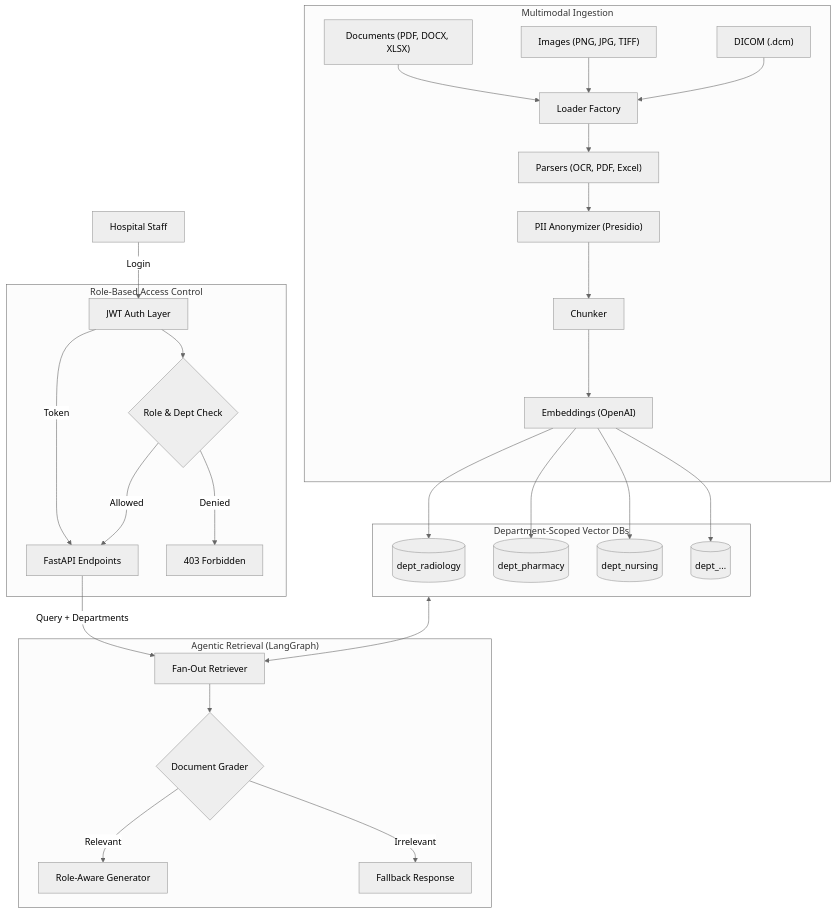
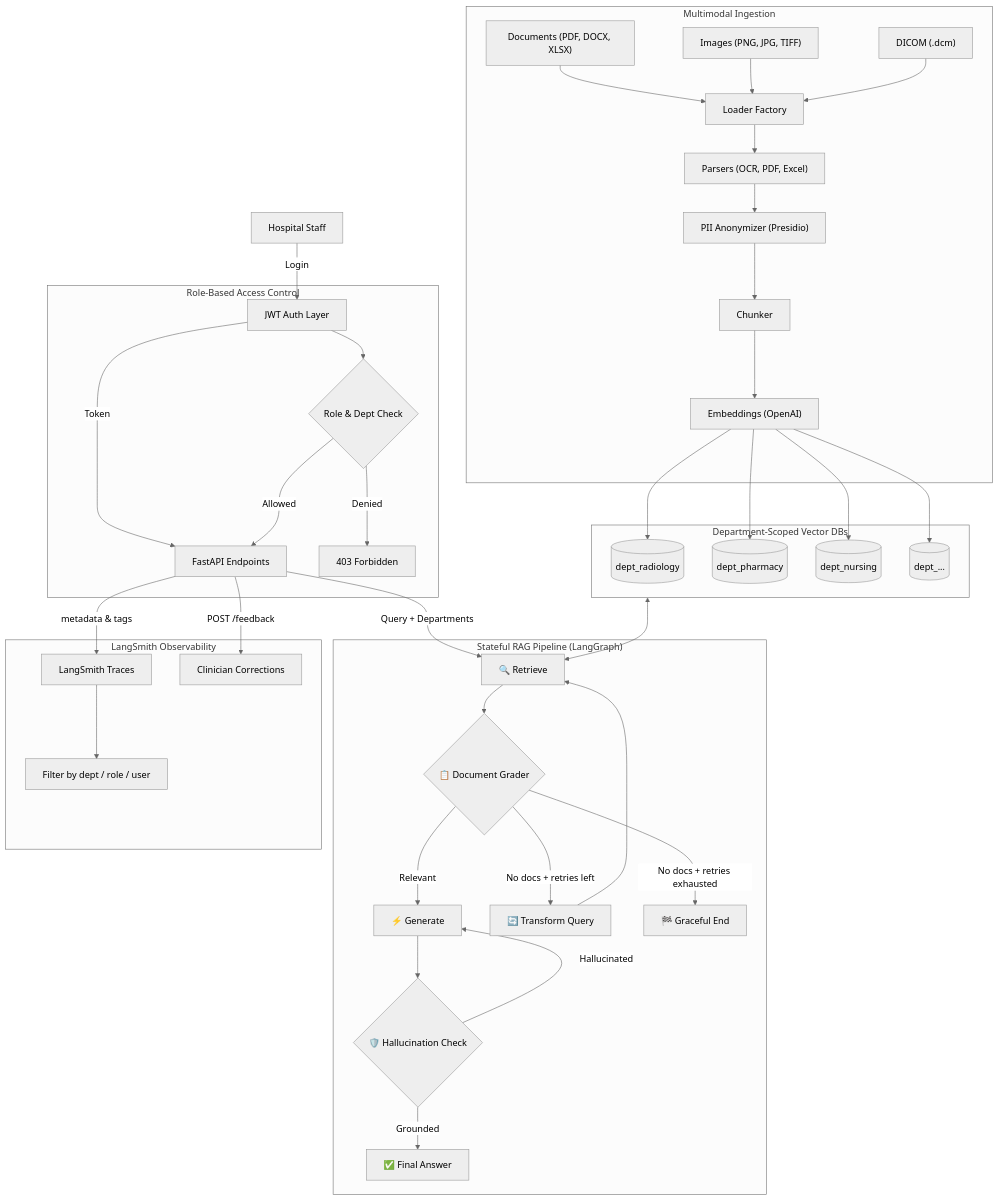
One commit to Anudeepsrib/ClinIQ changed the diagram in README.md. Above: the diagram before and after it, drawn with Mermaid (neutral theme). The commit also changed other lines of this file and 26 other files, not shown here.

````diff
--- a/README.md
+++ b/README.md
@@ -42,37 +50,48 @@
 ```mermaid
 graph TD
     User["Hospital Staff"] -->|Login| Auth["JWT Auth Layer"]
     Auth -->|Token| API["FastAPI Endpoints"]
 
     subgraph RBAC ["Role-Based Access Control"]
         Auth --> RoleCheck{"Role & Dept Check"}
         RoleCheck -->|Allowed| API
         RoleCheck -->|Denied| Reject["403 Forbidden"]
     end
 
     subgraph IngestionPipeline ["Multimodal Ingestion"]
         Docs["Documents (PDF, DOCX, XLSX)"] --> Loader["Loader Factory"]
         Images["Images (PNG, JPG, TIFF)"] --> Loader
         DICOM["DICOM (.dcm)"] --> Loader
         Loader --> Parser["Parsers (OCR, PDF, Excel)"]
         Parser --> PII["PII Anonymizer (Presidio)"]
         PII --> Chunker["Chunker"]
         Chunker --> Embed["Embeddings (OpenAI)"]
     end
 
     subgraph VectorDBs ["Department-Scoped Vector DBs"]
         Embed --> DB1[("dept_radiology")]
         Embed --> DB2[("dept_pharmacy")]
         Embed --> DB3[("dept_nursing")]
         Embed --> DBn[("dept_...")]
     end
 
-    subgraph RetrievalGraph ["Agentic Retrieval (LangGraph)"]
-        API -->|Query + Departments| Retriever["Fan-Out Retriever"]
-        Retriever --> Grader{"Document Grader"}
-        Grader -->|Relevant| Generator["Role-Aware Generator"]
-        Grader -->|Irrelevant| Fallback["Fallback Response"]
+    subgraph RetrievalGraph ["Stateful RAG Pipeline (LangGraph)"]
+        API -->|"Query + Departments"| Retriever["🔍 Retrieve"]
+        Retriever --> Grader{"📋 Document Grader"}
+        Grader -->|Relevant| Generator["⚡ Generate"]
+        Grader -->|"No docs + retries left"| Transform["🔄 Transform Query"]
+        Transform --> Retriever
+        Grader -->|"No docs + retries exhausted"| Fallback["🏁 Graceful End"]
+        Generator --> HalCheck{"🛡️ Hallucination Check"}
+        HalCheck -->|Grounded| Response["✅ Final Answer"]
+        HalCheck -->|Hallucinated| Generator
+    end
+
+    subgraph Observability ["LangSmith Observability"]
+        API -->|"metadata & tags"| LS["LangSmith Traces"]
+        LS --> Dashboard["Filter by dept / role / user"]
+        API -->|"POST /feedback"| Feedback["Clinician Corrections"]
     end
 
     VectorDBs <--> Retriever
 ```
````
